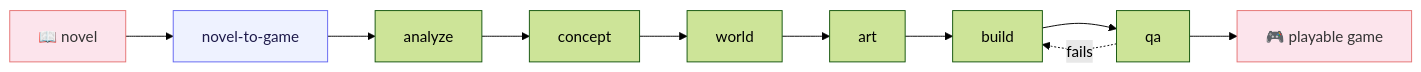
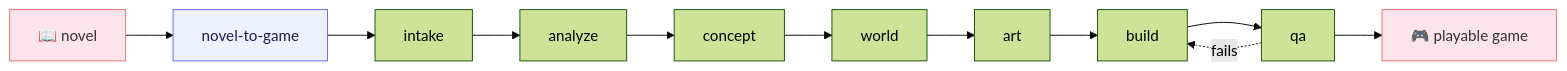
The diagram in README_EN.md (worldwonderer/novel-to-game), drawn with Mermaid (forest theme) before and after one commit. The commit also changed other lines of this file and 11 other files, not shown here.

````diff
--- a/README_EN.md
+++ b/README_EN.md
@@ -25,9 +25,9 @@
 ```mermaid
 flowchart LR
     classDef io fill:#fce4ec,color:#333,stroke:#e57373,stroke-width:1px
     classDef orch fill:#eef2ff,color:#1e1b4b,stroke:#6366f1,stroke-width:1px
 
     novel["📖 novel"]:::io --> orch["novel-to-game"]:::orch
-    orch --> analyze --> concept --> world --> art --> build --> qa --> game["🎮 playable game"]:::io
+    orch --> intake --> analyze --> concept --> world --> art --> build --> qa --> game["🎮 playable game"]:::io
     qa -.->|fails| build
 ```
````
